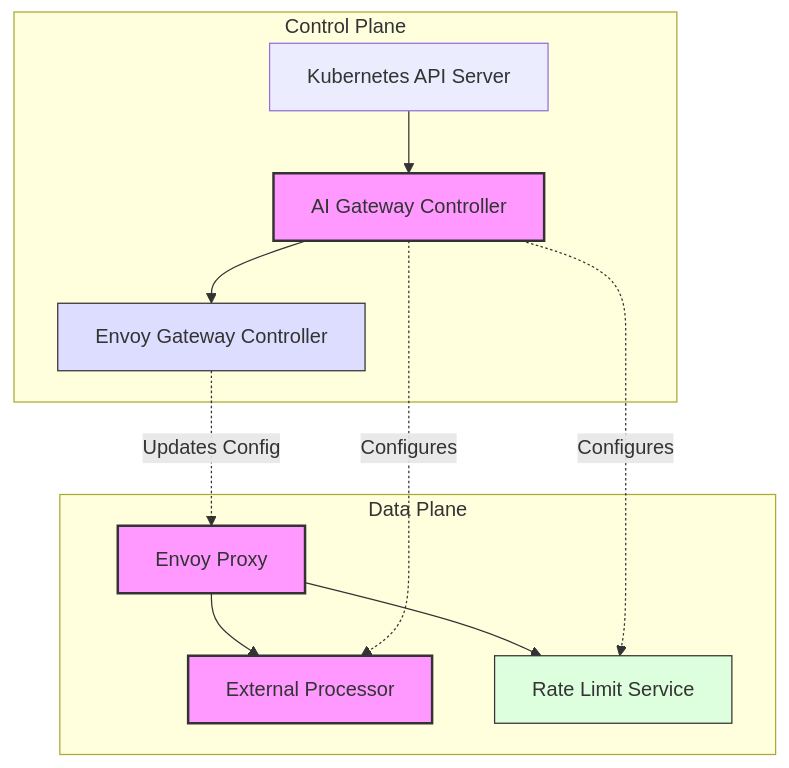
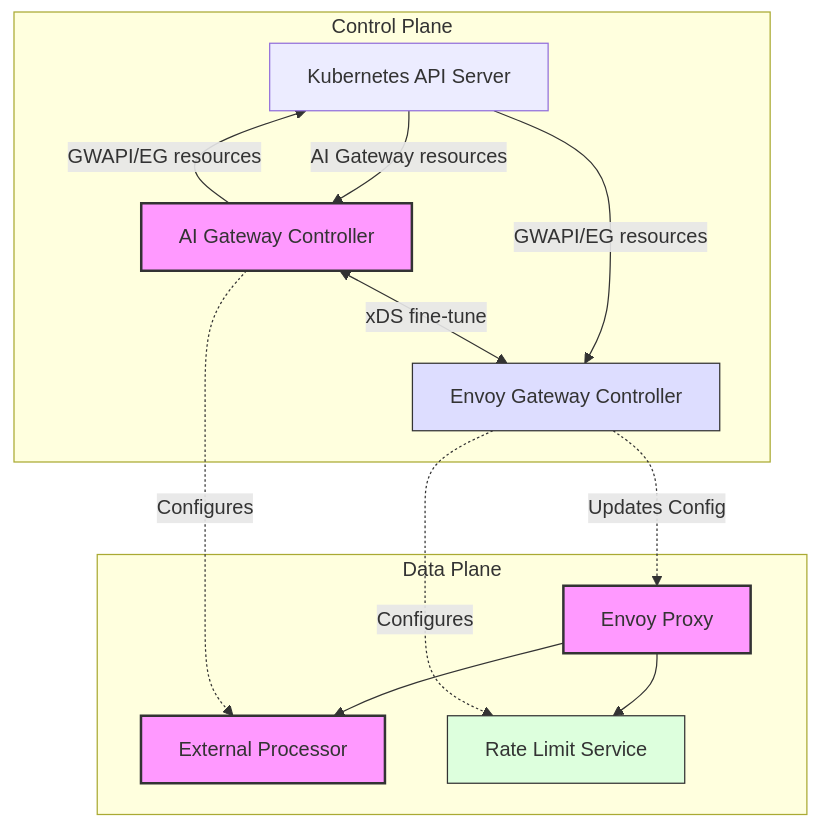
One commit to envoyproxy/ai-gateway changed the first of 2 diagrams in site/docs/concepts/architecture/system-architecture.md. Above: the diagram before and after it, drawn with Mermaid. The commit also changed other lines of this file, not shown here.

Commit message:
site: updates system-architecture page (#677)
**Commit Message**

This updates the high level system architecture page to reflect what has
changed since v0.1 as well as fixes the wrong comment about rate limit
service being configured by AI Gateway. In fact, it has been configured
by EG.

---------

````diff
--- a/site/docs/concepts/architecture/system-architecture.md
+++ b/site/docs/concepts/architecture/system-architecture.md
@@ -30,27 +30,33 @@
 ```mermaid
 graph TB
     subgraph "Control Plane"
-        K8s[Kubernetes API Server] --> Controller[AI Gateway Controller]
-        Controller --> EGController[Envoy Gateway Controller]
+        K8s[Kubernetes API Server]
+        Controller[AI Gateway Controller]
+        EGController[Envoy Gateway Controller]
+
+        Controller --> |GWAPI/EG resources|K8s
+        K8s -->|AI Gateway resources| Controller
+        K8s -->|GWAPI/EG resources| EGController
+        Controller <-->|xDS fine-tune| EGController
 
         style Controller fill:#f9f,stroke:#333,stroke-width:2px
         style EGController fill:#ddf,stroke:#333
     end
 
     subgraph "Data Plane"
         Envoy[Envoy Proxy]
         ExtProc[External Processor]
         RateLimit[Rate Limit Service]
 
+        Envoy --> RateLimit
         Envoy --> ExtProc
-        Envoy --> RateLimit
 
         style Envoy fill:#f9f,stroke:#333,stroke-width:2px
         style ExtProc fill:#f9f,stroke:#333,stroke-width:2px
         style RateLimit fill:#dfd,stroke:#333
     end
 
     Controller -.->|Configures| ExtProc
-    Controller -.->|Configures| RateLimit
+    EGController -.->|Configures| RateLimit
     EGController -.->|Updates Config| Envoy
 ```
````
